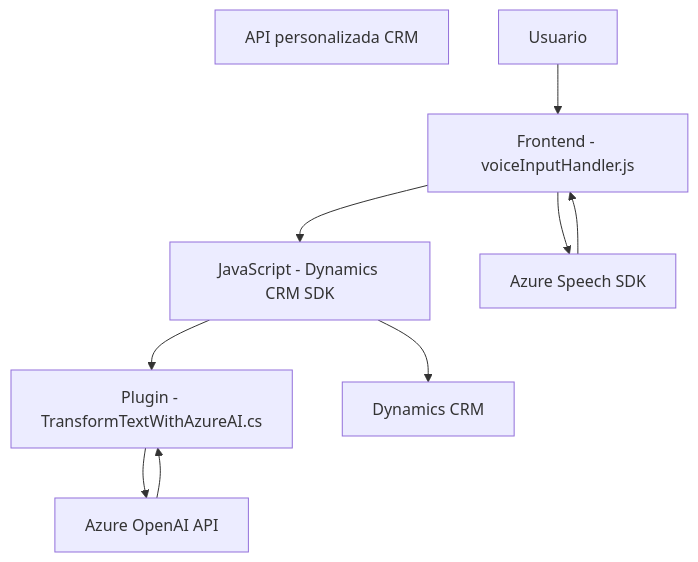
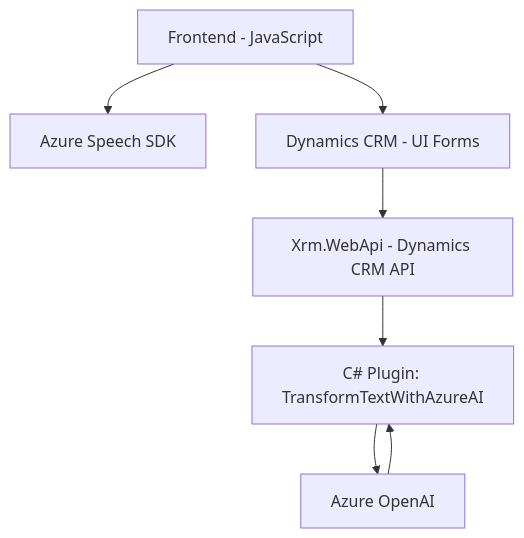
One commit to blopezdm/NETCORE_BILBAO2025 changed the diagram in README.md. Above: the diagram before and after it, drawn with Mermaid. The commit also changed other lines of this file, not shown here.

````diff
--- a/README.md
+++ b/README.md
@@ -38,20 +47,16 @@
 ```mermaid
 graph TD
-    A["Frontend - voiceInputHandler.js"]
-    B["JavaScript - Dynamics CRM SDK"]
-    C["Azure Speech SDK"]
-    D["Plugin - TransformTextWithAzureAI.cs"]
-    E["API personalizada CRM"]
-    F["Azure OpenAI API"]
-    G["Dynamics CRM"]
-    H["Usuario"]
-
-    H --> A
+    A["Frontend - JavaScript"]
+    B["Azure Speech SDK"]
+    C["Dynamics CRM - UI Forms"]
+    D["Xrm.WebApi - Dynamics CRM API"]
+    E["C# Plugin: TransformTextWithAzureAI"]
+    F["Azure OpenAI"]
+    
+    A --> B
     A --> C
-    C --> A
-    A --> B
-    B --> G
-    B --> D
-    D --> F
-    F --> D
+    C --> D
+    D --> E
+    E --> F
+    F --> E
 ```
````
